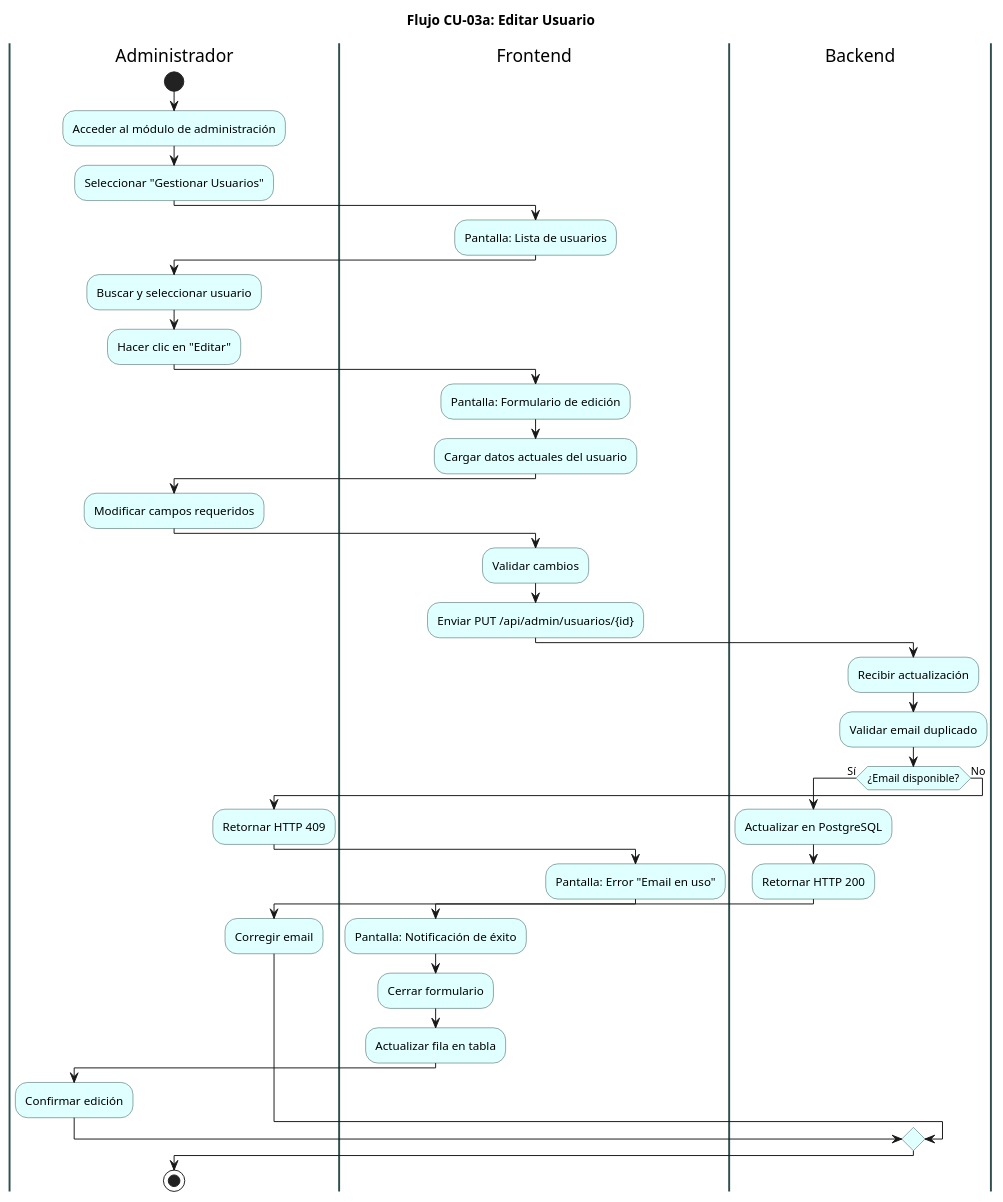
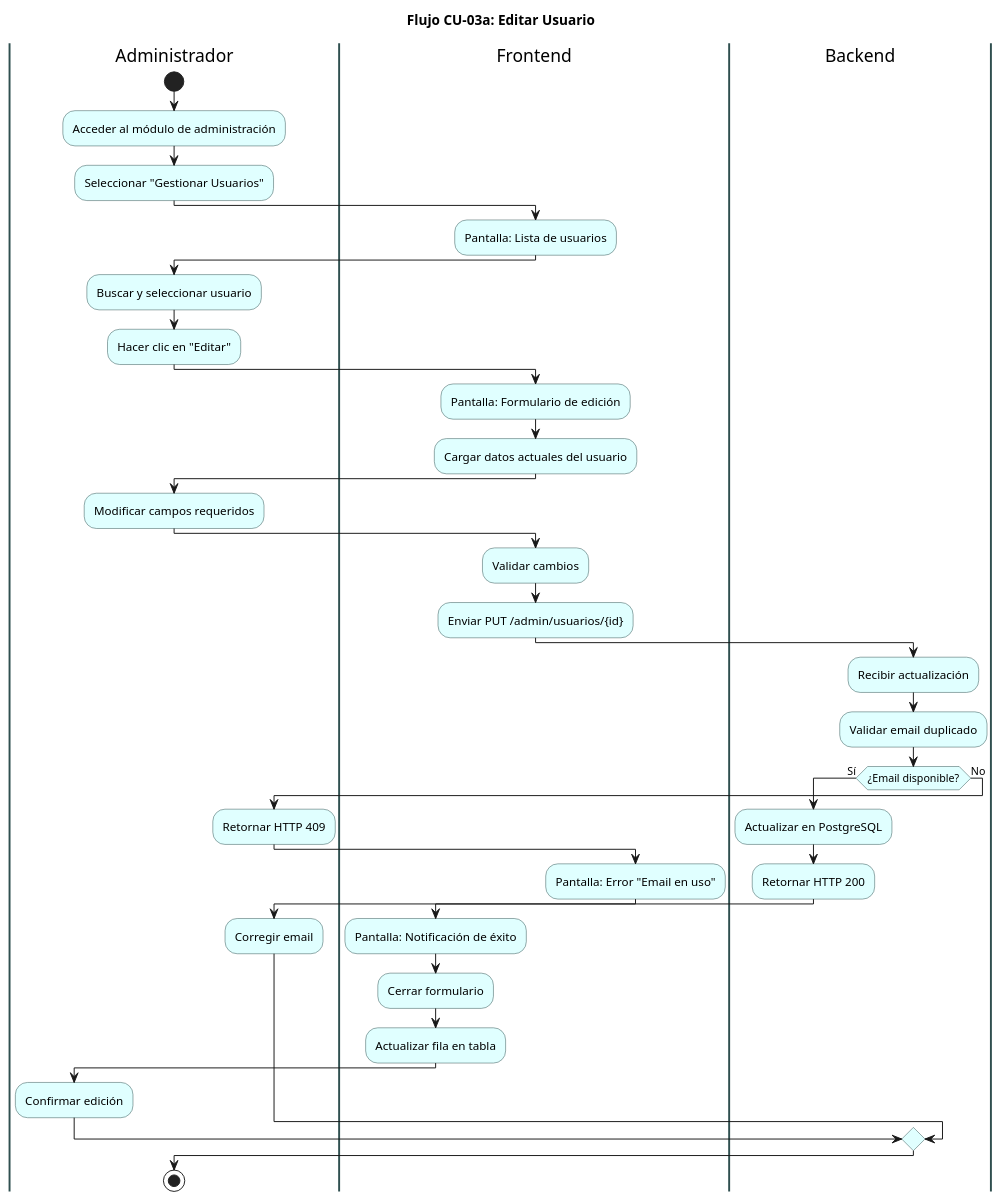
Before and after one commit to ElianMMCode/Zone-Control: the diagram in docs/diagramas/flujo/04_flujo_editar_usuario.puml, drawn with PlantUML. The commit also changed 15 other files, not shown here.

First line of the commit message:
docs: align plan, HUs and diagrams with current backend and mockups

```diff
--- a/docs/diagramas/flujo/04_flujo_editar_usuario.puml
+++ b/docs/diagramas/flujo/04_flujo_editar_usuario.puml
@@ -1,71 +1,71 @@
 @startuml
 title Flujo CU-03a: Editar Usuario
 skinparam activity {
   BackgroundColor LightCyan
   BorderColor DarkSlateGray
 }
 skinparam swimlane {
   BorderColor DarkSlateGray
   BorderThickness 2
 }
 
 |Administrador|
 start
 :Acceder al módulo de administración;
 
 :Seleccionar "Gestionar Usuarios";
 
 |Frontend|
 :Pantalla: Lista de usuarios;
 
 |Administrador|
 :Buscar y seleccionar usuario;
 
 :Hacer clic en "Editar";
 
 |Frontend|
 :Pantalla: Formulario de edición;
 
 :Cargar datos actuales del usuario;
 
 |Administrador|
 :Modificar campos requeridos;
 
 |Frontend|
 :Validar cambios;
 
-:Enviar PUT /api/admin/usuarios/{id};
+:Enviar PUT /admin/usuarios/{id};
 
 |Backend|
 :Recibir actualización;
 
 :Validar email duplicado;
 
 if (¿Email disponible?) then (Sí)
   :Actualizar en PostgreSQL;
 
   :Retornar HTTP 200;
 
   |Frontend|
   :Pantalla: Notificación de éxito;
 
   :Cerrar formulario;
 
   :Actualizar fila en tabla;
 
   |Administrador|
   :Confirmar edición;
 
 else (No)
   :Retornar HTTP 409;
 
   |Frontend|
   :Pantalla: Error "Email en uso";
 
   |Administrador|
   :Corregir email;
 endif
 
 stop
 
 @enduml
```
